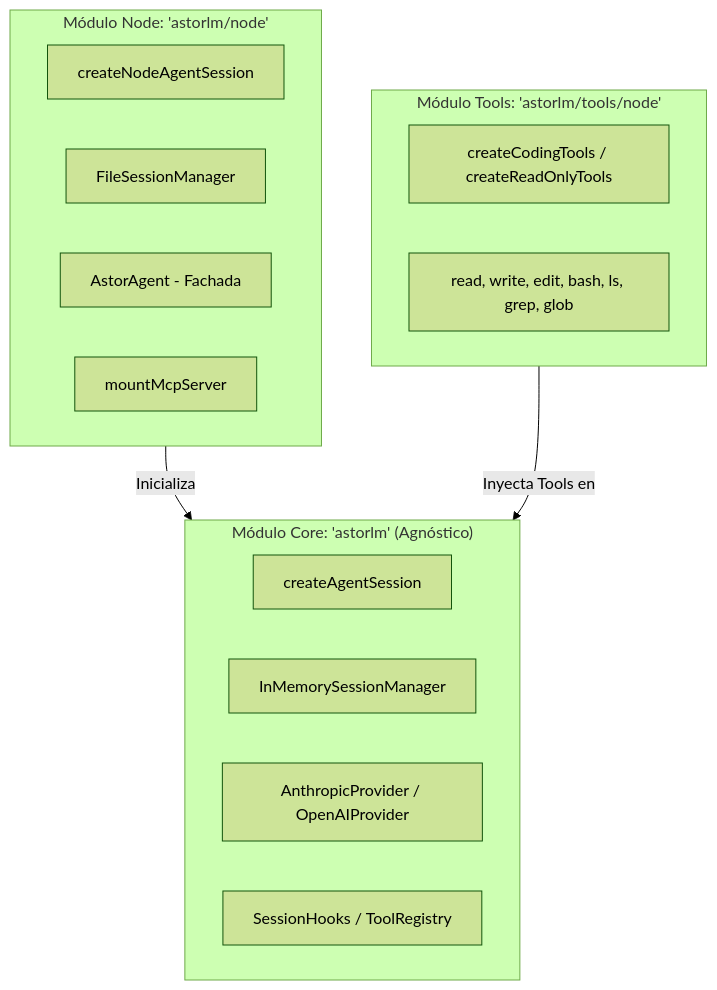
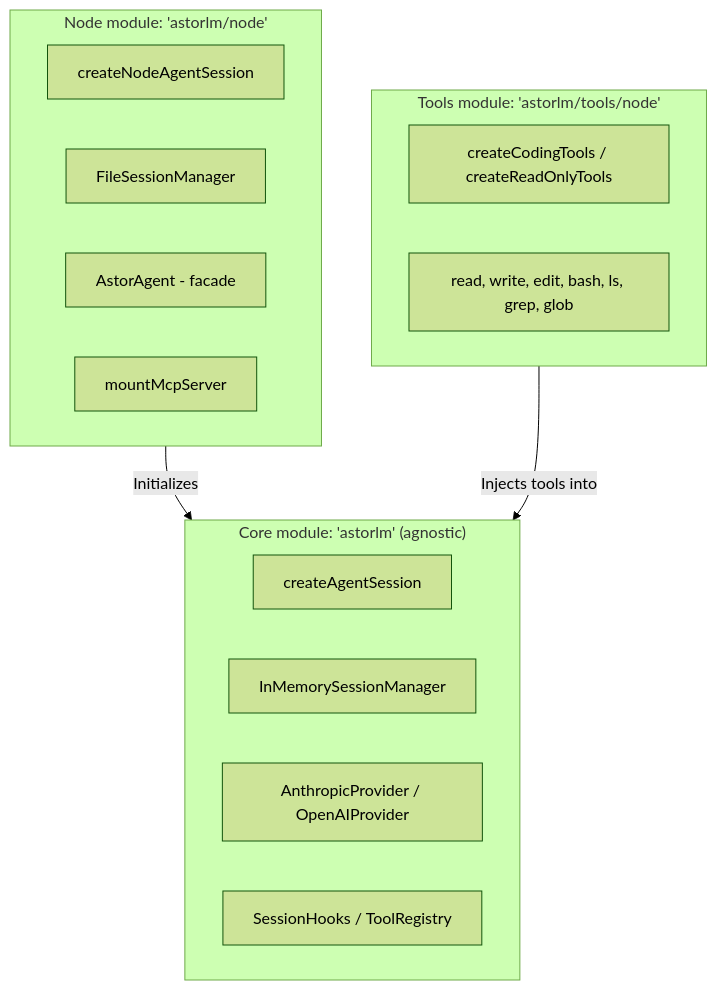
Before and after one commit to aralde/astorLM: the diagram in README.md, drawn with Mermaid (forest theme). The commit also changed other lines of this file, not shown here.

````diff
--- a/README.md
+++ b/README.md
@@ -13,24 +13,24 @@
 ```mermaid
 graph TD
-    subgraph Core ["Módulo Core: 'astorlm' (Agnóstico)"]
+    subgraph Core ["Core module: 'astorlm' (agnostic)"]
         A[createAgentSession]
         B[InMemorySessionManager]
         C[AnthropicProvider / OpenAIProvider]
         D[SessionHooks / ToolRegistry]
     end
 
-    subgraph NodeExt ["Módulo Node: 'astorlm/node'"]
+    subgraph NodeExt ["Node module: 'astorlm/node'"]
         E[createNodeAgentSession]
         F[FileSessionManager]
-        G[AstorAgent - Fachada]
+        G[AstorAgent - facade]
         H[mountMcpServer]
     end
 
-    subgraph NodeTools ["Módulo Tools: 'astorlm/tools/node'"]
+    subgraph NodeTools ["Tools module: 'astorlm/tools/node'"]
         I[createCodingTools / createReadOnlyTools]
         J[read, write, edit, bash, ls, grep, glob]
     end
 
-    NodeExt -->|Inicializa| Core
-    NodeTools -->|Inyecta Tools en| Core
+    NodeExt -->|Initializes| Core
+    NodeTools -->|Injects tools into| Core
 ```
````
